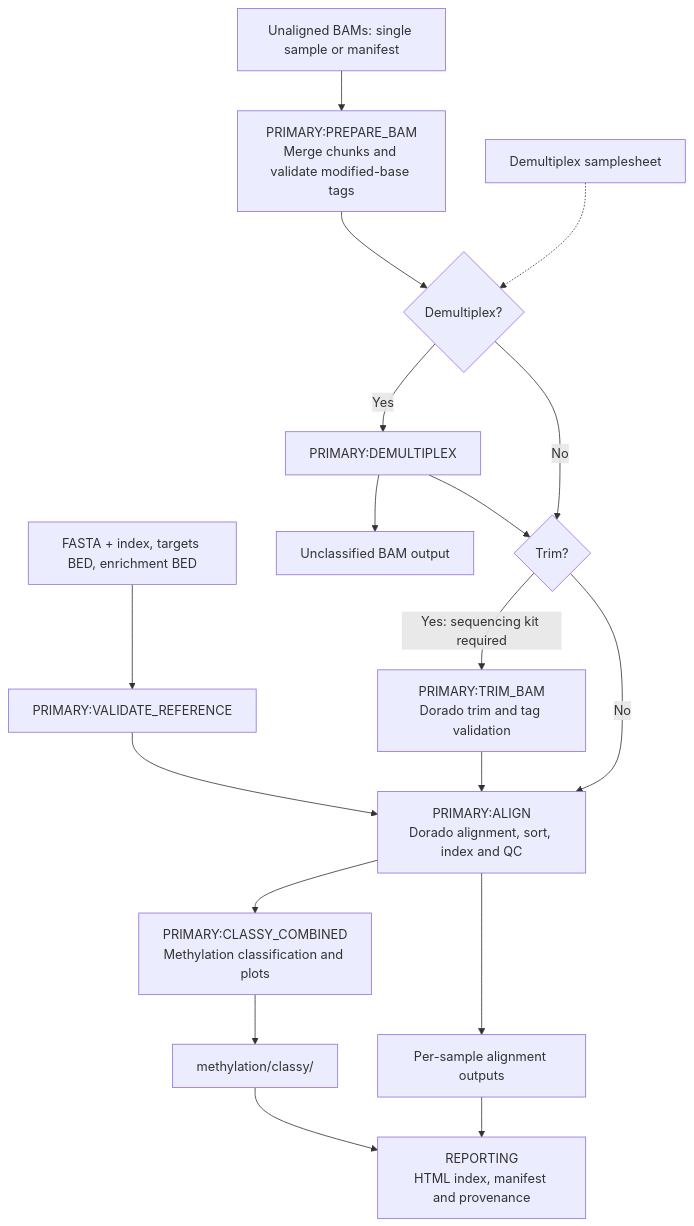
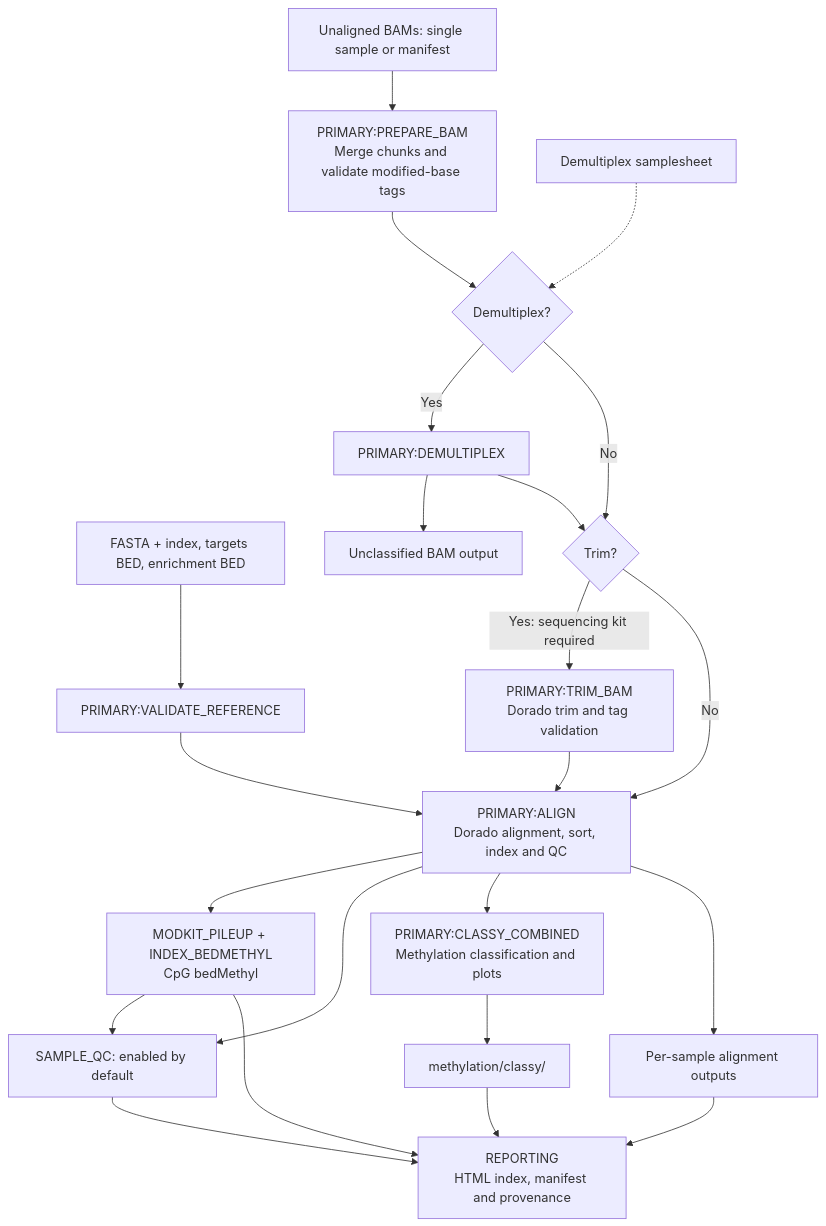
Before and after one commit to dbuckleychla/FrankONTstein: the first of 3 diagrams in README.md, drawn with Mermaid. The commit also changed other lines of this file and 27 other files, not shown here.

````diff
--- a/README.md
+++ b/README.md
@@ -28,20 +28,25 @@
 ```mermaid
 flowchart TD
     I["Unaligned BAMs: single sample or manifest"] --> P["PRIMARY:PREPARE_BAM<br/>Merge chunks and validate modified-base tags"]
     R["FASTA + index, targets BED, enrichment BED"] --> V["PRIMARY:VALIDATE_REFERENCE"]
     P --> D{"Demultiplex?"}
     S["Demultiplex samplesheet"] -.-> D
     D -->|Yes| DX["PRIMARY:DEMULTIPLEX"]
     DX --> U["Unclassified BAM output"]
     DX --> T{"Trim?"}
     D -->|No| T
     T -->|Yes: sequencing kit required| TR["PRIMARY:TRIM_BAM<br/>Dorado trim and tag validation"]
     T -->|No| A["PRIMARY:ALIGN<br/>Dorado alignment, sort, index and QC"]
     TR --> A
     V --> A
+    A --> BED["MODKIT_PILEUP + INDEX_BEDMETHYL<br/>CpG bedMethyl"]
+    BED --> QC["SAMPLE_QC: enabled by default"]
+    A --> QC
+    QC --> REPORT
+    BED --> REPORT
     A --> C["PRIMARY:CLASSY_COMBINED<br/>Methylation classification and plots"]
     A --> O["Per-sample alignment outputs"]
     C --> M["methylation/classy/"]
     O --> REPORT["REPORTING<br/>HTML index, manifest and provenance"]
     M --> REPORT
 ```
````
